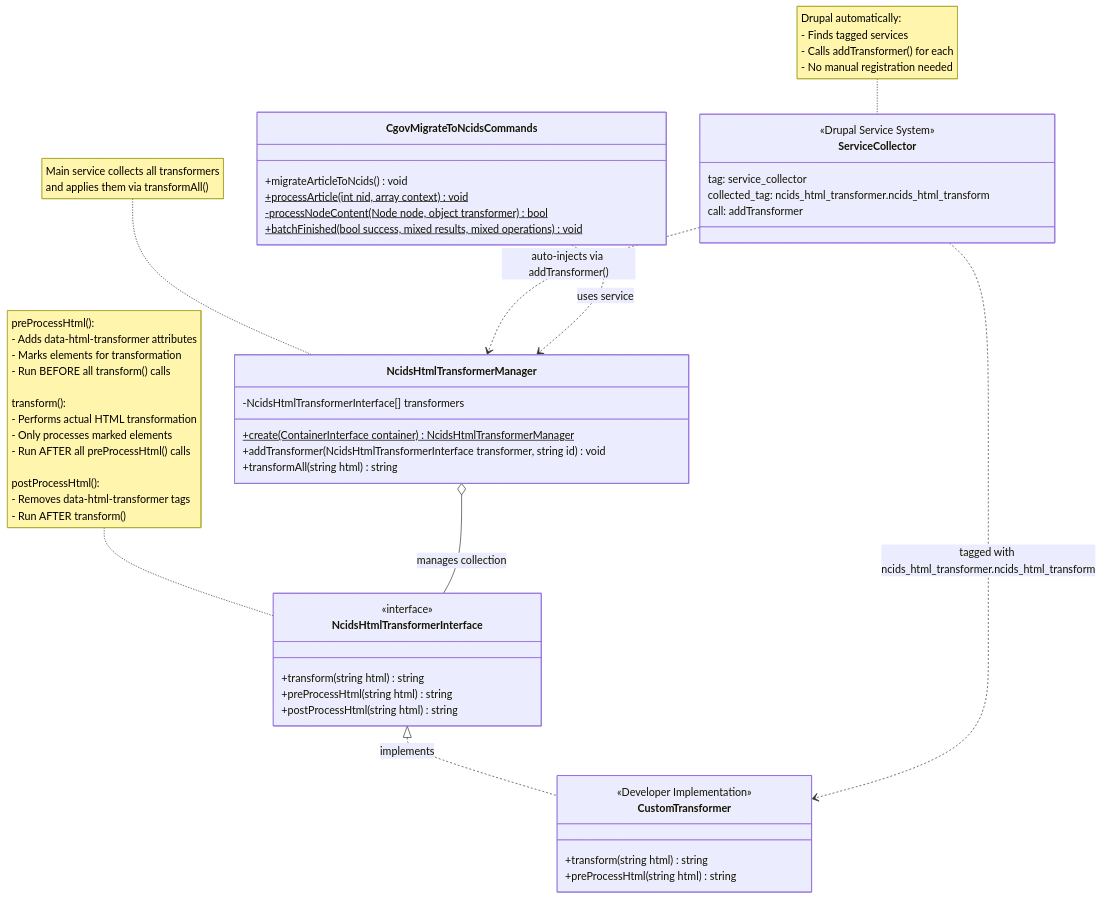
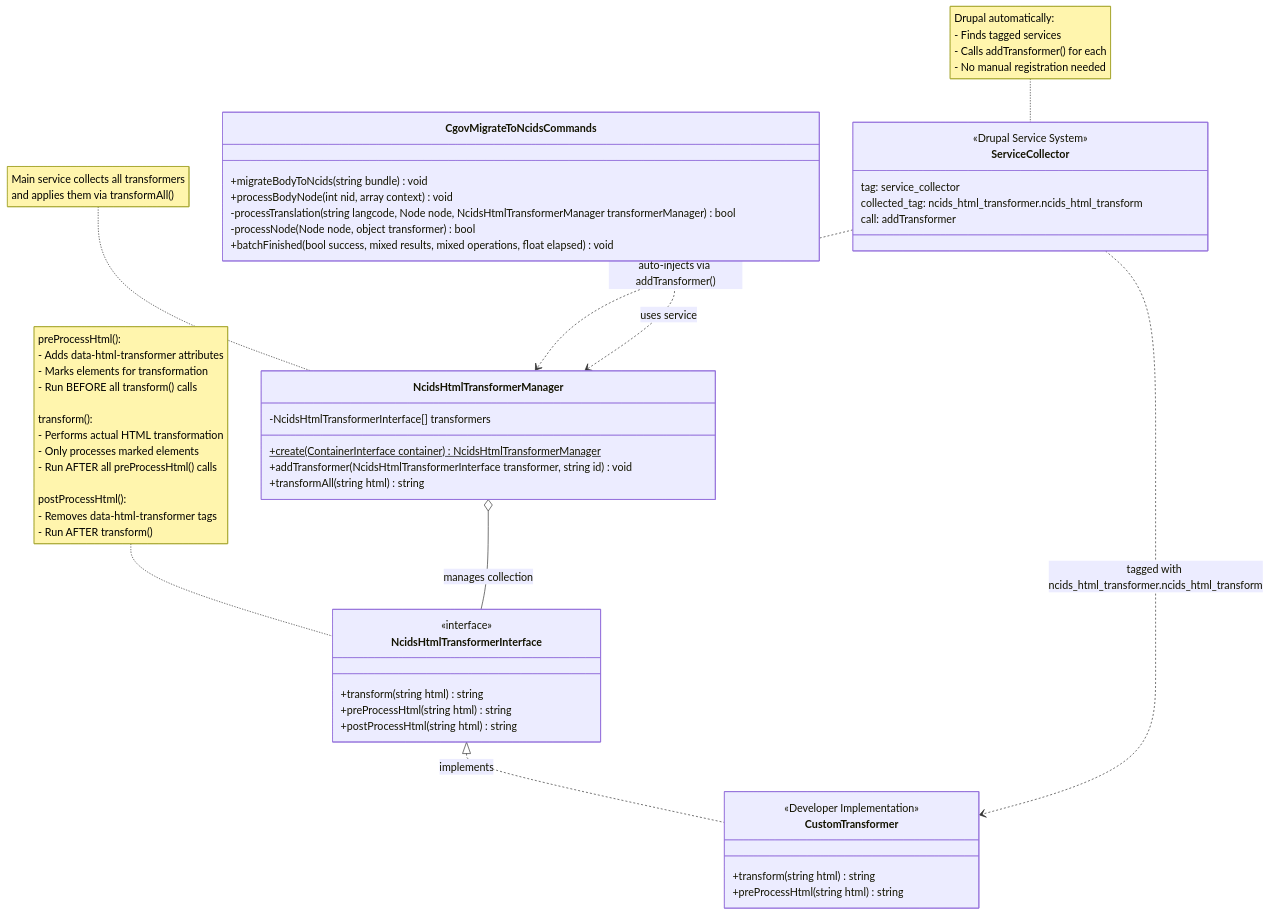
The diagram in docroot/modules/custom/ncids_html_transformer/README.md (NCIOCPL/cgov-digital-platform), drawn with Mermaid before and after one commit. The commit also changed other lines of this file and 2 other files, not shown here.

First line of the commit message:
(#5193) Updates migration script for all body nodes

````diff
--- a/docroot/modules/custom/ncids_html_transformer/README.md
+++ b/docroot/modules/custom/ncids_html_transformer/README.md
@@ -5,56 +5,57 @@
 ```mermaid
 classDiagram
     class NcidsHtmlTransformerInterface {
         <<interface>>
         +transform(string html) string
         +preProcessHtml(string html) string
         +postProcessHtml(string html) string
     }
 
     class NcidsHtmlTransformerManager {
         -NcidsHtmlTransformerInterface[] transformers
         +create(ContainerInterface container)$ NcidsHtmlTransformerManager
         +addTransformer(NcidsHtmlTransformerInterface transformer, string id) void
         +transformAll(string html) string
     }
 
     class CustomTransformer {
         <<Developer Implementation>>
         +transform(string html) string
         +preProcessHtml(string html) string
     }
 
     class CgovMigrateToNcidsCommands {
-        +migrateArticleToNcids() void
-        +processArticle(int nid, array context)$ void
-        -processNodeContent(Node node, object transformer)$ bool
-        +batchFinished(bool success, mixed results, mixed operations)$ void
+        +migrateBodyToNcids(string bundle) void
+        +processBodyNode(int nid, array context) void
+        -processTranslation(string langcode, Node node, NcidsHtmlTransformerManager transformerManager) bool
+        -processNode(Node node, object transformer) bool
+        +batchFinished(bool success, mixed results, mixed operations, float elapsed) void
     }
 
     class ServiceCollector {
         <<Drupal Service System>>
         tag: service_collector
         collected_tag: ncids_html_transformer.ncids_html_transform
         call: addTransformer
     }
 
     %% Interface Implementation
     NcidsHtmlTransformerInterface <|.. CustomTransformer : implements
 
     %% Service Management
     NcidsHtmlTransformerManager o-- NcidsHtmlTransformerInterface : manages collection
     ServiceCollector ..> NcidsHtmlTransformerManager : auto-injects via addTransformer()
 
     %% Auto-Registration
     ServiceCollector ..> CustomTransformer : tagged with ncids_html_transformer.ncids_html_transform
 
     %% Usage
     CgovMigrateToNcidsCommands ..> NcidsHtmlTransformerManager : uses service
 
     %% Developer Instructions
     note for ServiceCollector "Drupal automatically:<br/>- Finds tagged services<br/>- Calls addTransformer() for each<br/>- No manual registration needed"
 
     note for NcidsHtmlTransformerManager "Main service collects all transformers<br/>and applies them via transformAll()"
 
     note for NcidsHtmlTransformerInterface "preProcessHtml():<br/>- Adds data-html-transformer attributes<br/>- Marks elements for transformation<br/>- Run BEFORE all transform() calls<br/><br/>transform():<br/>- Performs actual HTML transformation<br/>- Only processes marked elements<br/>- Run AFTER all preProcessHtml() calls<br/><br/>postProcessHtml():<br/>- Removes data-html-transformer tags<br/>- Run AFTER transform()"
 ```
````
